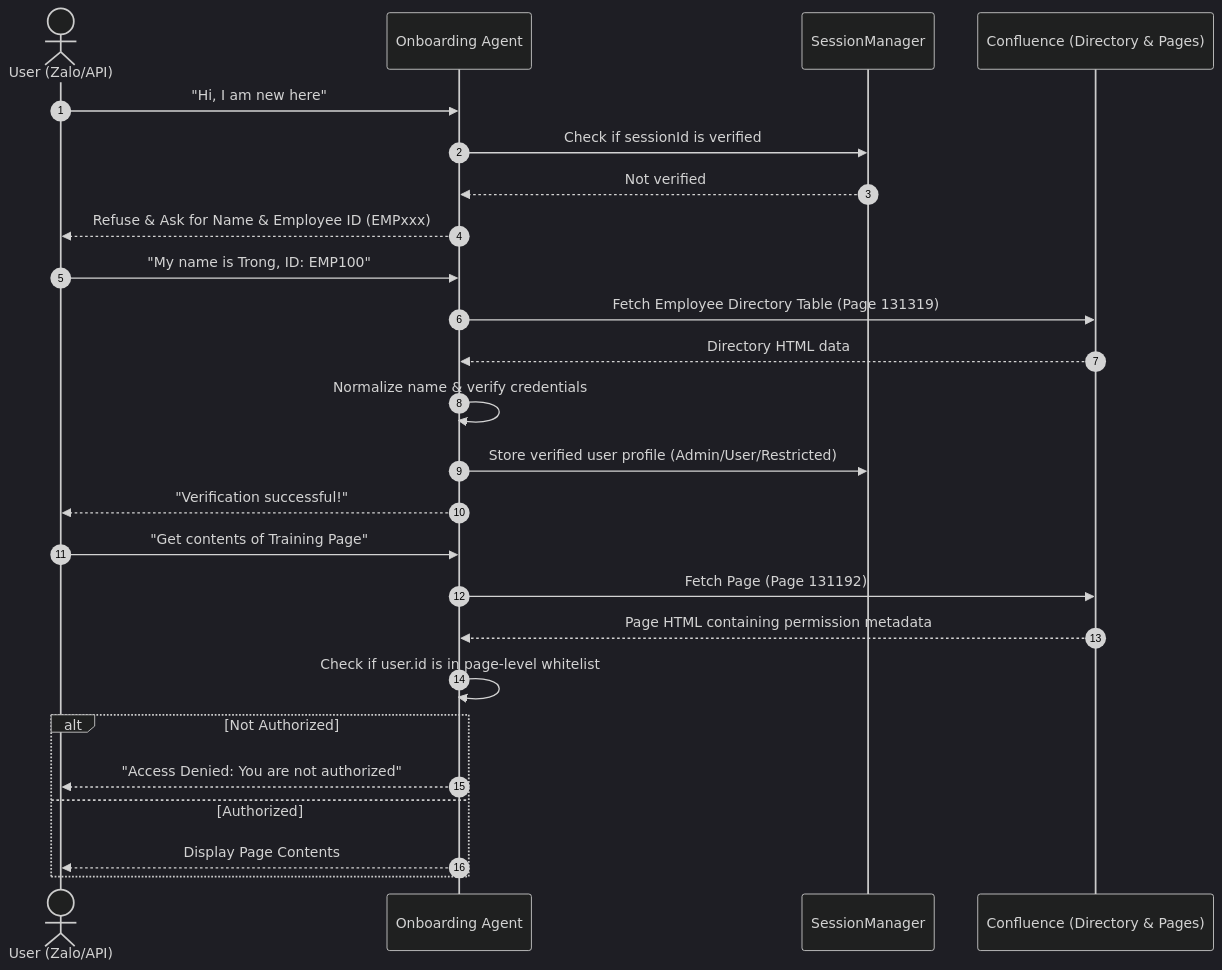
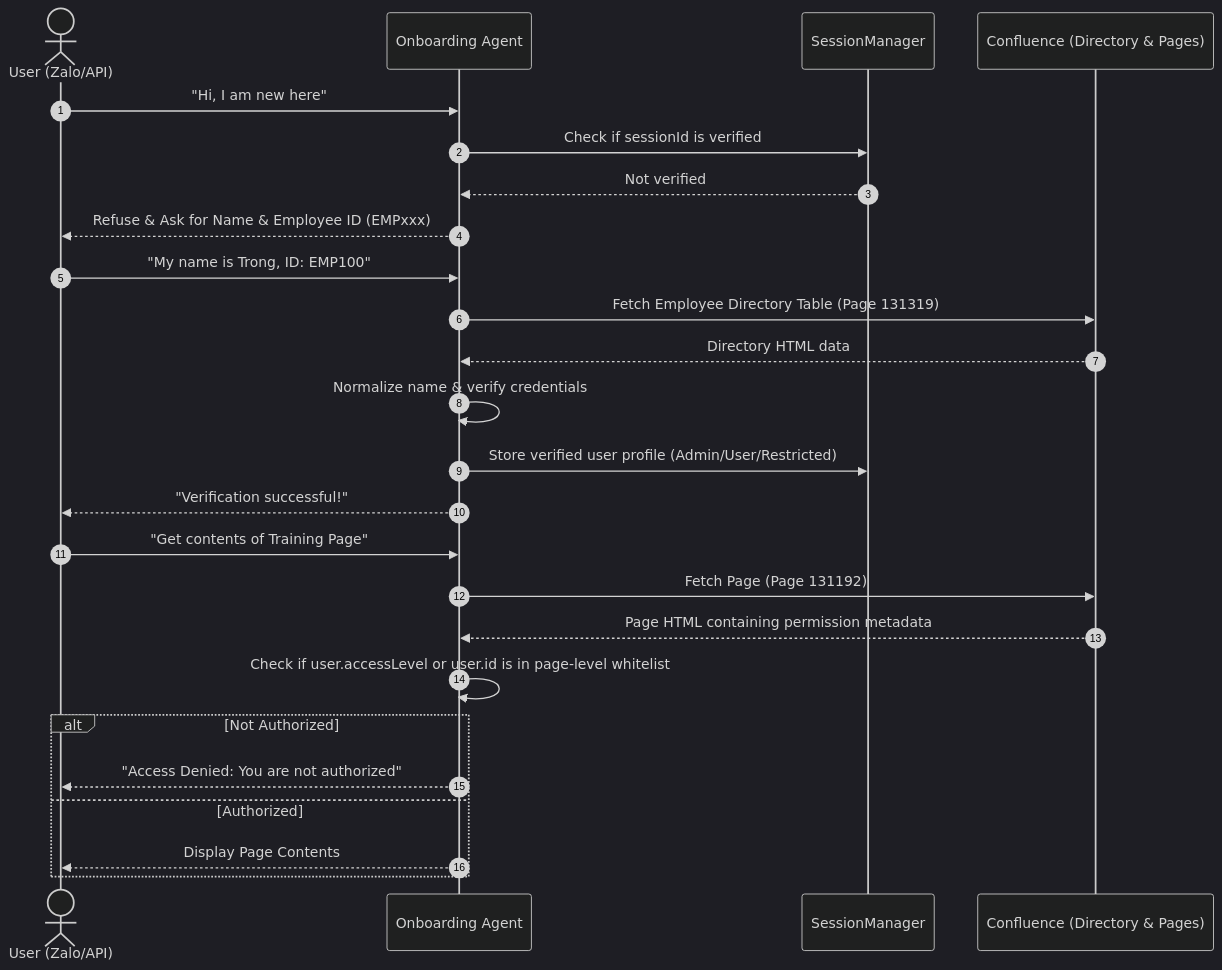
The second of 2 diagrams in docs/STRUCTURE.md (duongductrong/claw26-team210), drawn with Mermaid (dark theme) before and after one commit. The commit also changed 4 other files, not shown here.

````diff
--- a/docs/STRUCTURE.md
+++ b/docs/STRUCTURE.md
@@ -83,30 +83,30 @@
 ```mermaid
 sequenceDiagram
     autonumber
     actor User as User (Zalo/API)
     participant Agent as Onboarding Agent
     participant Session as SessionManager
     participant Conf as Confluence (Directory & Pages)
 
     User->>Agent: "Hi, I am new here"
     Agent->>Session: Check if sessionId is verified
     Session-->>Agent: Not verified
     Agent-->>User: Refuse & Ask for Name & Employee ID (EMPxxx)
 
     User->>Agent: "My name is Trong, ID: EMP100"
     Agent->>Conf: Fetch Employee Directory Table (Page 131319)
     Conf-->>Agent: Directory HTML data
     Agent->>Agent: Normalize name & verify credentials
     Agent->>Session: Store verified user profile (Admin/User/Restricted)
     Agent-->>User: "Verification successful!"
 
     User->>Agent: "Get contents of Training Page"
     Agent->>Conf: Fetch Page (Page 131192)
     Conf-->>Agent: Page HTML containing permission metadata
-    Agent->>Agent: Check if user.id is in page-level whitelist
+    Agent->>Agent: Check if user.accessLevel or user.id is in page-level whitelist
     alt Not Authorized
         Agent-->>User: "Access Denied: You are not authorized"
     else Authorized
         Agent-->>User: Display Page Contents
     end
 ```
````
